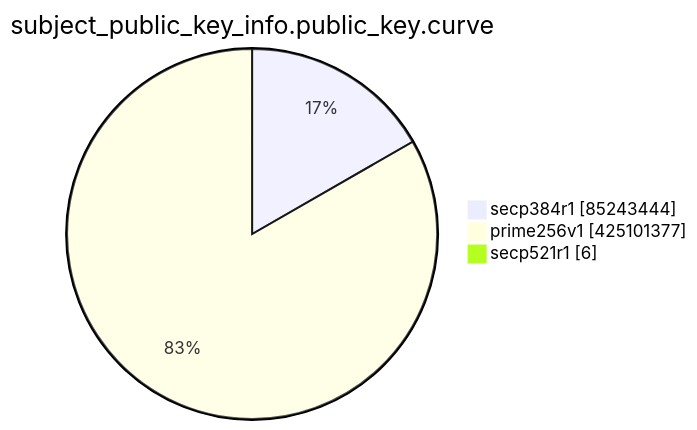
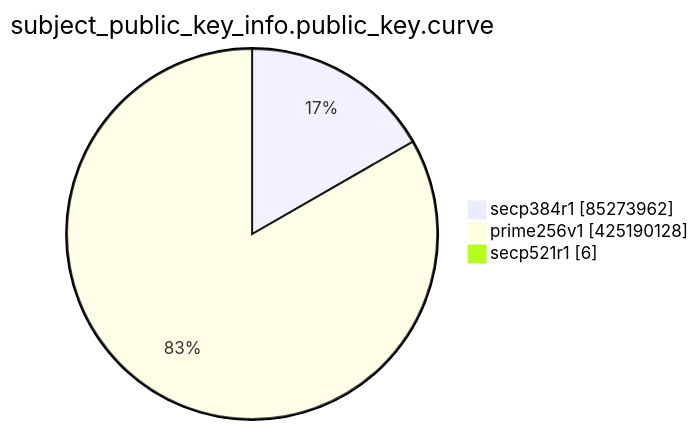
Before and after one commit to christiankrug/ctmonitor_visualization: the eighth of 15 diagrams in TOTAL/README.md, drawn with Mermaid. The commit also changed other lines of this file, not shown here.

````diff
--- a/TOTAL/README.md
+++ b/TOTAL/README.md
@@ -3100,7 +3100,7 @@
 ```mermaid
 pie showData
 title subject_public_key_info.public_key.curve
-"secp384r1" :85243444
-"prime256v1" :425101377
+"secp384r1" :85273962
+"prime256v1" :425190128
 "secp521r1" :6
 ```
````
